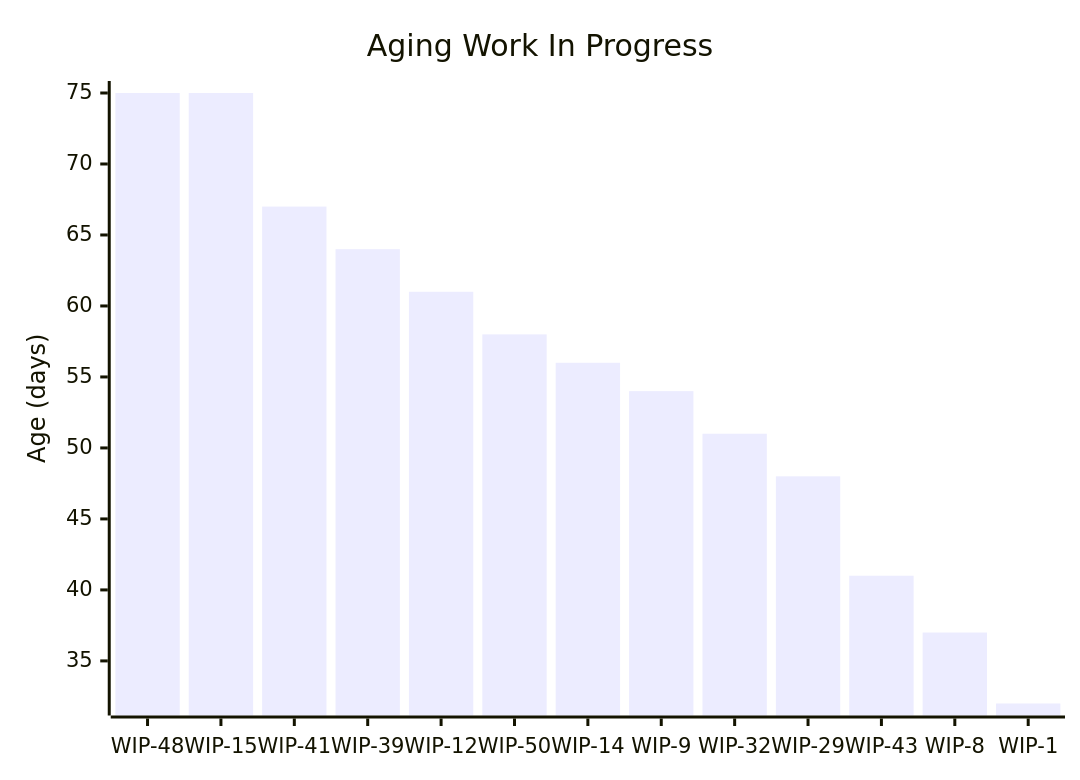
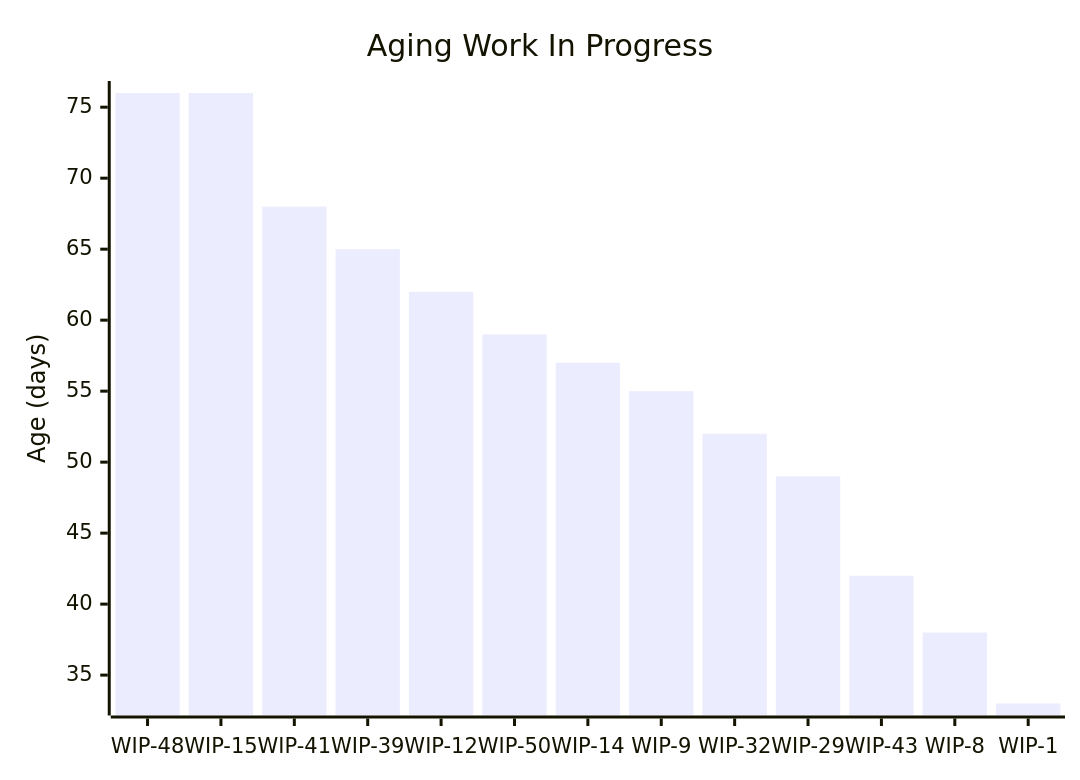
Before and after one commit to cbroult/predictability-engine: the first of 5 diagrams in data/samples/reports/sample_data_large/types/Bug.md, drawn with Mermaid. The commit also changed other lines of this file and 72 other files, not shown here.

````diff
--- a/data/samples/reports/sample_data_large/types/Bug.md
+++ b/data/samples/reports/sample_data_large/types/Bug.md
@@ -30,7 +30,7 @@
 ```mermaid
 xychart-beta
     title "Aging Work In Progress"
     x-axis ["WIP-48", "WIP-15", "WIP-41", "WIP-39", "WIP-12", "WIP-50", "WIP-14", "WIP-9", "WIP-32", "WIP-29", "WIP-43", "WIP-8", "WIP-1"]
     y-axis "Age (days)"
-    bar "Age" [75, 75, 67, 64, 61, 58, 56, 54, 51, 48, 41, 37, 32]
+    bar "Age" [76, 76, 68, 65, 62, 59, 57, 55, 52, 49, 42, 38, 33]
 ```
````
